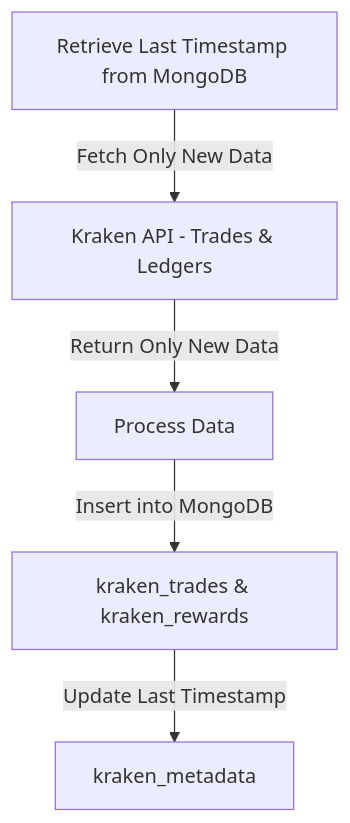
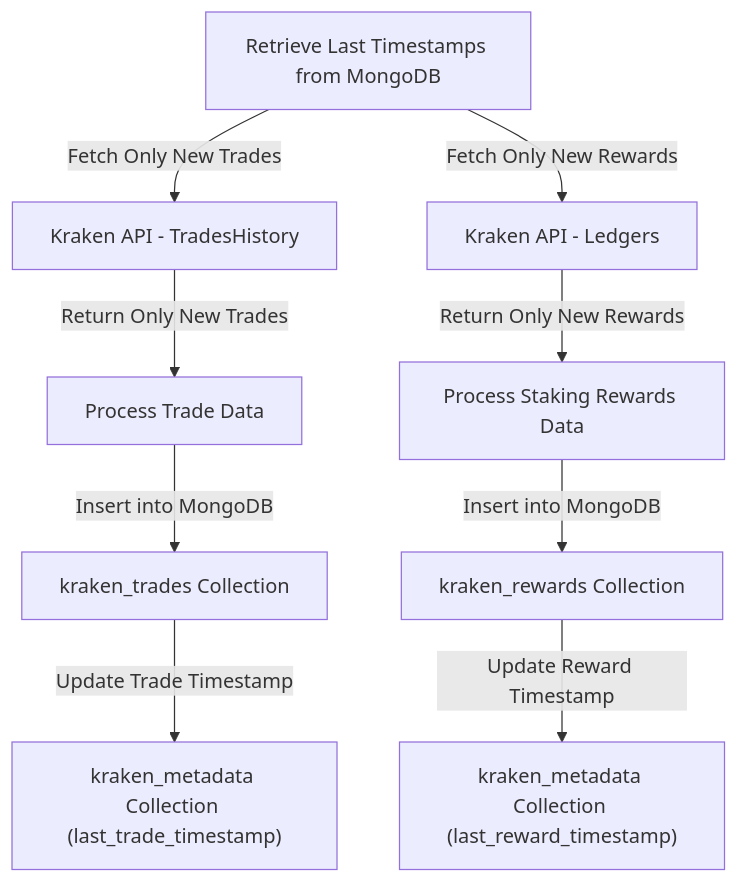
Before and after one commit to OttawaCloudConsulting/kraken-trading: the second of 2 diagrams in DESIGN/MONGODB-INTEGRATION.md, drawn with Mermaid. The commit also changed other lines of this file, not shown here.

Commit message:
design - clarify handling timestamps

````diff
--- a/DESIGN/MONGODB-INTEGRATION.md
+++ b/DESIGN/MONGODB-INTEGRATION.md
@@ -79,7 +83,11 @@
 ```mermaid
 graph TD;
-    A[Retrieve Last Timestamp from MongoDB] -->|Fetch Only New Data| B[Kraken API - Trades & Ledgers];
-    B -->|Return Only New Data| C[Process Data];
-    C -->|Insert into MongoDB| D[kraken_trades & kraken_rewards];
-    D -->|Update Last Timestamp| E[kraken_metadata];
+    A["Retrieve Last Timestamps from MongoDB"] -->|Fetch Only New Trades| B["Kraken API - TradesHistory"];
+    A -->|Fetch Only New Rewards| C["Kraken API - Ledgers"];
+    B -->|Return Only New Trades| D["Process Trade Data"];
+    C -->|Return Only New Rewards| E["Process Staking Rewards Data"];
+    D -->|Insert into MongoDB| F["kraken_trades Collection"];
+    E -->|Insert into MongoDB| G["kraken_rewards Collection"];
+    F -->|Update Trade Timestamp| H["kraken_metadata Collection (last_trade_timestamp)"];
+    G -->|Update Reward Timestamp| I["kraken_metadata Collection (last_reward_timestamp)"];
 ```
````
